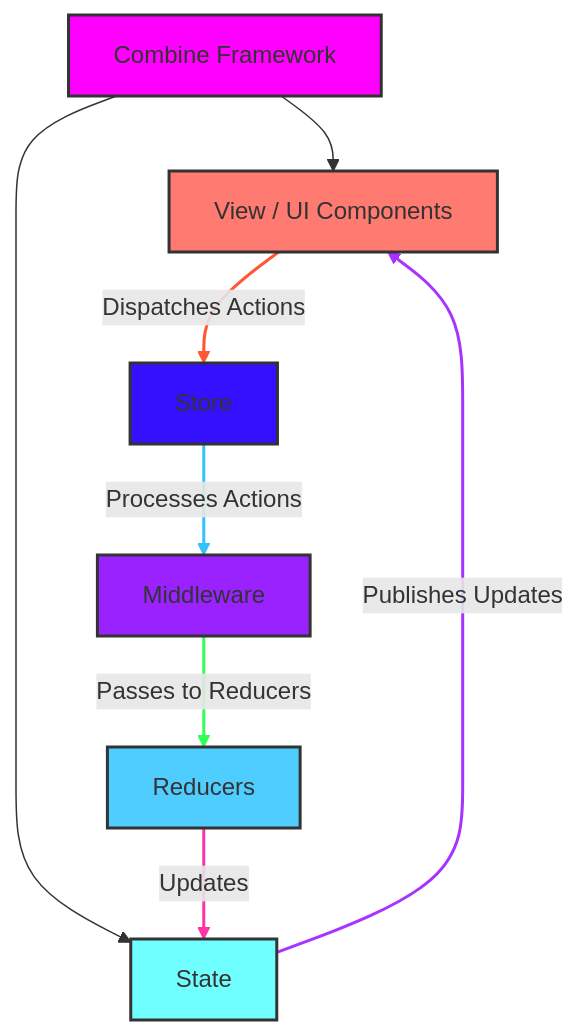
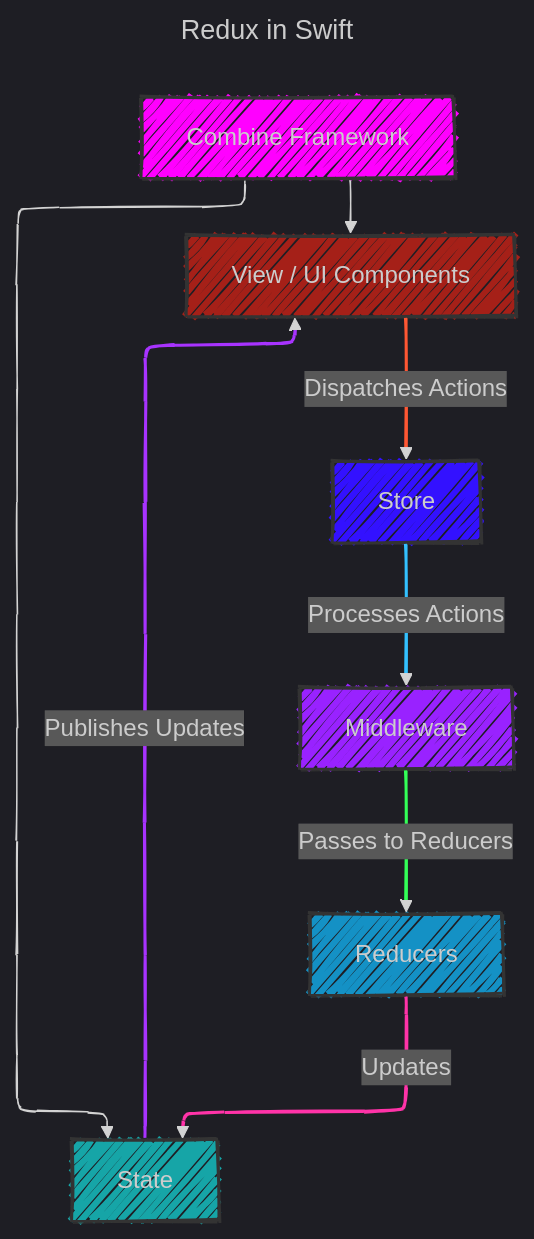
The diagram in Design_Patterns/Redux.md (CongLeSolutionX/iOS-development-vault), drawn with Mermaid before and after one commit. The commit also changed 6 other files, not shown here.

````diff
--- a/Design_Patterns/Redux.md
+++ b/Design_Patterns/Redux.md
@@ -21,29 +21,36 @@
 ```mermaid
+---
+title: Redux in Swift
+config:
+  layout: elk
+  look: handDrawn
+  theme: dark
+---
 graph TD
     %% Define the main components
     A[View / UI Components] -->|Dispatches Actions| B[Store]
     B -->|Processes Actions| C[Middleware]
     C -->|Passes to Reducers| D[Reducers]
     D -->|Updates| E[State]
     E -->|Publishes Updates| A
 
     %% Additional integrations
     F[Combine Framework] --> E
     F --> A
 
     %% Styling for clarity
     style A fill:#f219,stroke:#333,stroke-width:2px
     style B fill:#31ff,stroke:#333,stroke-width:2px
     style C fill:#92ff,stroke:#333,stroke-width:2px
     style D fill:#1bfb,stroke:#333,stroke-width:2px
     style E fill:#1ff9,stroke:#333,stroke-width:2px
     style F fill:#f0f,stroke:#333,stroke-width:2px
 
     %% Labels for clarity
     linkStyle 0 stroke:#ff5733, stroke-width:2px
     linkStyle 1 stroke:#33c1ff, stroke-width:2px
     linkStyle 2 stroke:#33ff57, stroke-width:2px
     linkStyle 3 stroke:#ff33a8, stroke-width:2px
     linkStyle 4 stroke:#a833ff, stroke-width:2px
 
 ```
````
